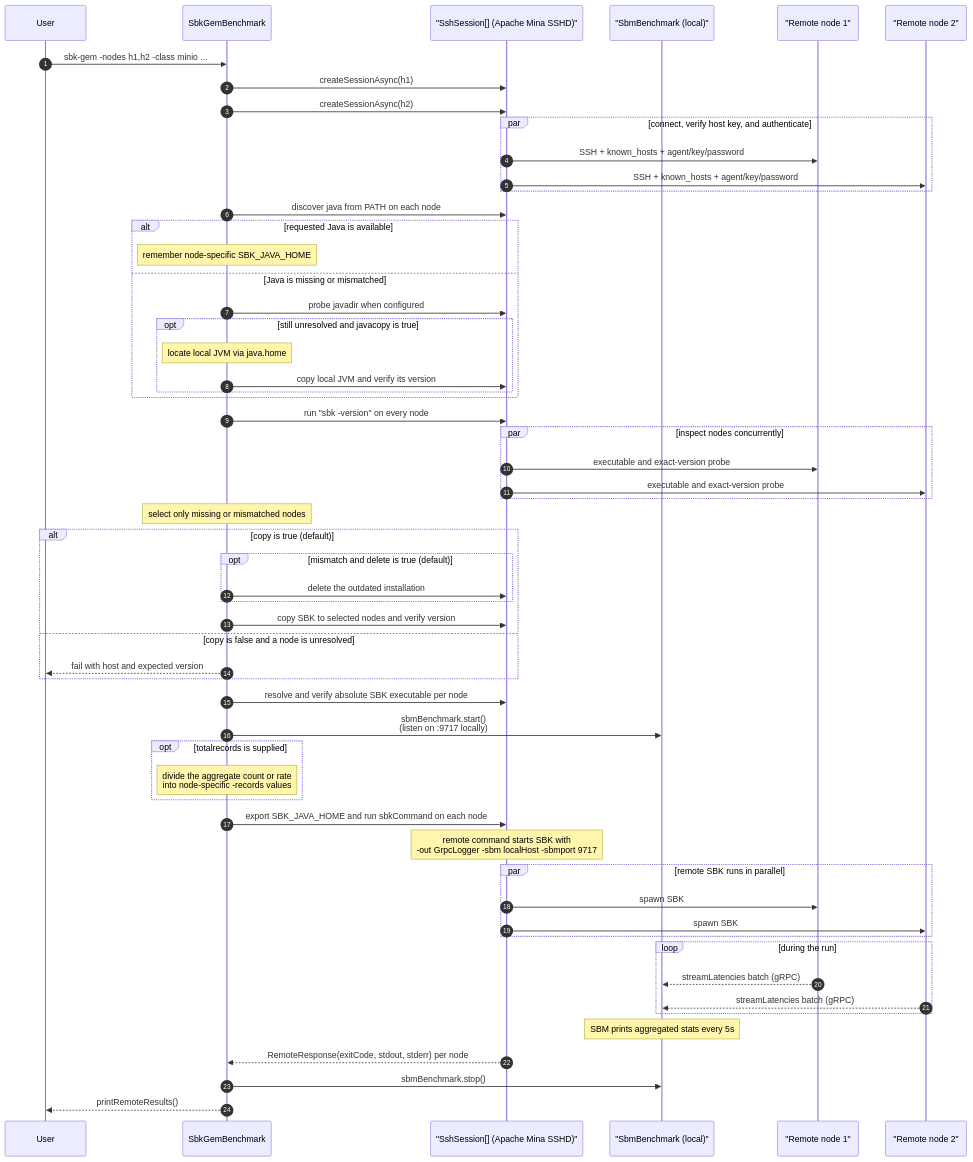
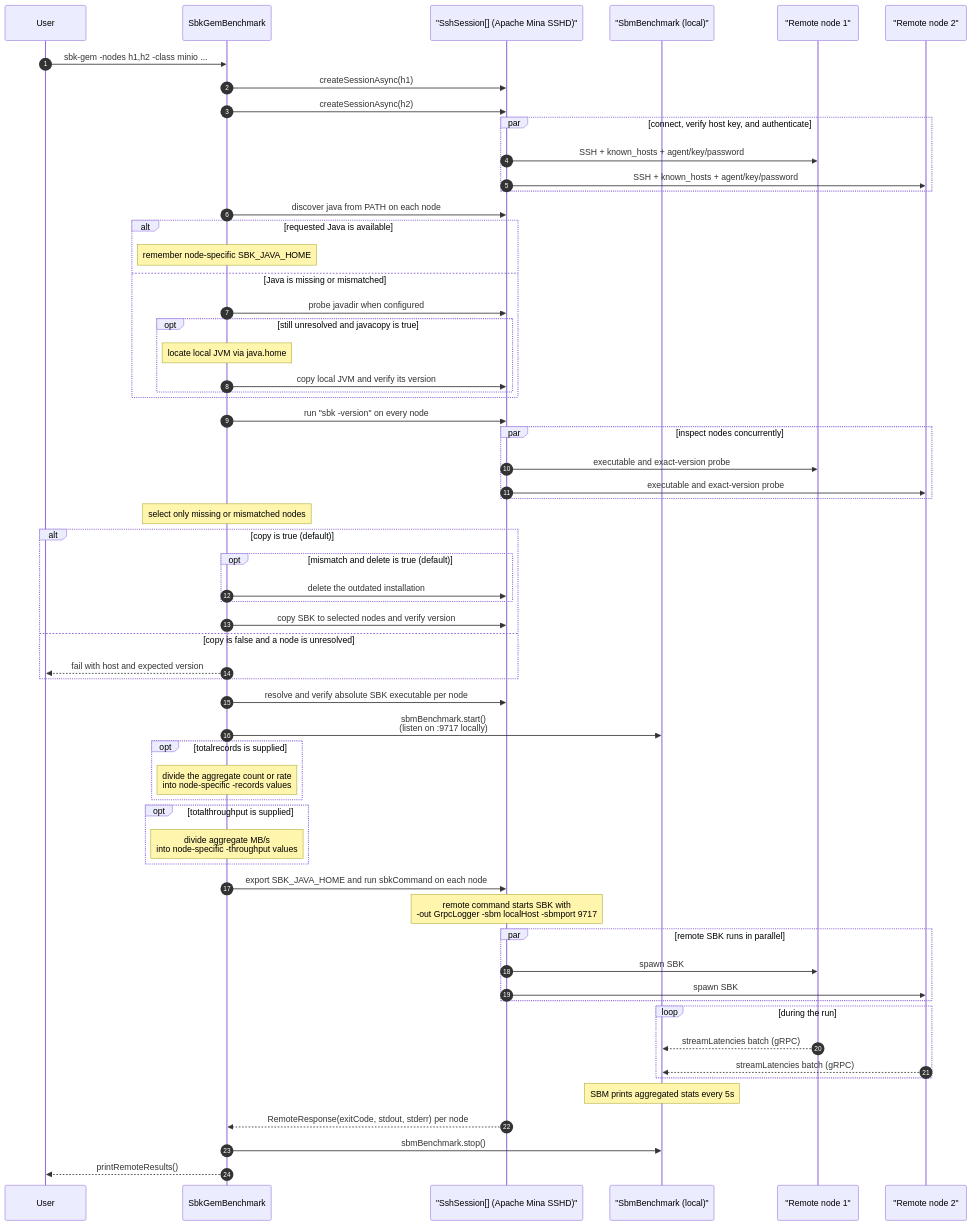
One commit to kmgowda/SBK changed diagram 27 of 43 in docs/sbk-internals.md. Above: the diagram before and after it, drawn with Mermaid. The commit also changed other lines of this file and 16 other files, not shown here.

Commit message:
Add aggregate throughput control to SBK-GEM

````diff
--- a/docs/sbk-internals.md
+++ b/docs/sbk-internals.md
@@ -1901,70 +1901,73 @@
 ```mermaid
 sequenceDiagram
     autonumber
     participant User
     participant GEM as SbkGemBenchmark
     participant SSH as "SshSession[] (Apache Mina SSHD)"
     participant SBM as "SbmBenchmark (local)"
     participant N1 as "Remote node 1"
     participant N2 as "Remote node 2"
 
     User->>GEM: sbk-gem -nodes h1,h2 -class minio ...
     GEM->>SSH: createSessionAsync(h1)
     GEM->>SSH: createSessionAsync(h2)
     par connect, verify host key, and authenticate
         SSH->>N1: SSH + known_hosts + agent/key/password
         SSH->>N2: SSH + known_hosts + agent/key/password
     end
 
     GEM->>SSH: discover java from PATH on each node
     alt requested Java is available
         Note over GEM: remember node-specific SBK_JAVA_HOME
     else Java is missing or mismatched
         GEM->>SSH: probe javadir when configured
         opt still unresolved and javacopy is true
             Note over GEM: locate local JVM via java.home
             GEM->>SSH: copy local JVM and verify its version
         end
     end
 
     GEM->>SSH: run "sbk -version" on every node
     par inspect nodes concurrently
         SSH->>N1: executable and exact-version probe
         SSH->>N2: executable and exact-version probe
     end
     Note over GEM: select only missing or mismatched nodes
     alt copy is true (default)
         opt mismatch and delete is true (default)
             GEM->>SSH: delete the outdated installation
         end
         GEM->>SSH: copy SBK to selected nodes and verify version
     else copy is false and a node is unresolved
         GEM-->>User: fail with host and expected version
     end
 
     GEM->>SSH: resolve and verify absolute SBK executable per node
 
     GEM->>SBM: sbmBenchmark.start()<br/>(listen on :9717 locally)
 
     opt totalrecords is supplied
         Note over GEM: divide the aggregate count or rate<br/>into node-specific -records values
     end
+    opt totalthroughput is supplied
+        Note over GEM: divide aggregate MB/s<br/>into node-specific -throughput values
+    end
     GEM->>SSH: export SBK_JAVA_HOME and run sbkCommand on each node
     Note over SSH: remote command starts SBK with<br/>-out GrpcLogger -sbm localHost -sbmport 9717
 
     par remote SBK runs in parallel
         SSH->>N1: spawn SBK
         SSH->>N2: spawn SBK
     end
 
     loop during the run
         N1-->>SBM: streamLatencies batch (gRPC)
         N2-->>SBM: streamLatencies batch (gRPC)
     end
 
     Note over SBM: SBM prints aggregated stats every 5s
 
     SSH-->>GEM: RemoteResponse(exitCode, stdout, stderr) per node
     GEM->>SBM: sbmBenchmark.stop()
 GEM-->>User: printRemoteResults()
 ```
````
